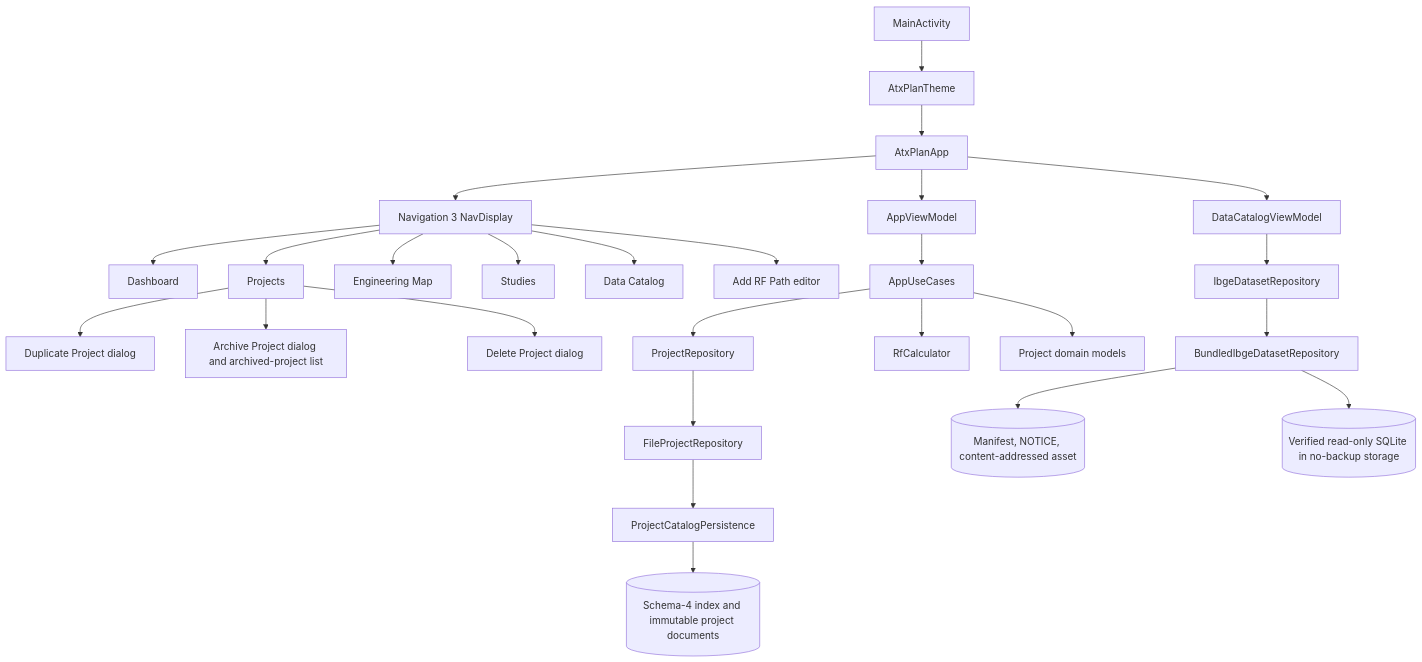
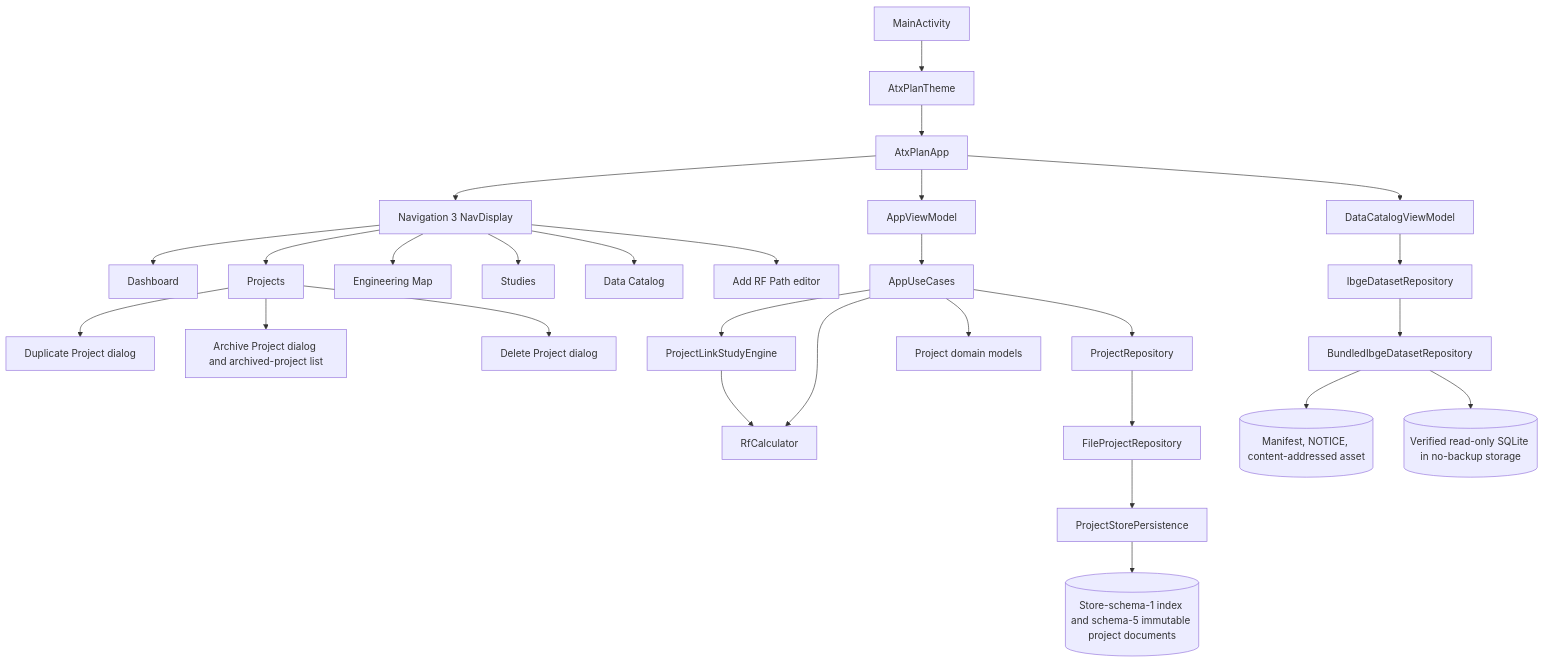
The first of 4 diagrams in docs/ARCHITECTURE.md (Gecesars/ATX_PLA_APK), drawn with Mermaid before and after one commit. The commit also changed other lines of this file and 30 other files, not shown here.

````diff
--- a/docs/ARCHITECTURE.md
+++ b/docs/ARCHITECTURE.md
@@ -25,28 +25,30 @@
 ```mermaid
 flowchart TD
     ACT[MainActivity] --> THEME[AtxPlanTheme]
     THEME --> APP[AtxPlanApp]
     APP --> VM[AppViewModel]
     APP --> DVM[DataCatalogViewModel]
     APP --> NAV[Navigation 3 NavDisplay]
     NAV --> DASH[Dashboard]
     NAV --> PROJECTS[Projects]
     NAV --> MAP[Engineering Map]
     NAV --> STUDIES[Studies]
     NAV --> CATALOG[Data Catalog]
     NAV --> EDITOR[Add RF Path editor]
     PROJECTS --> DUPLICATE[Duplicate Project dialog]
     PROJECTS --> ARCHIVE[Archive Project dialog and archived-project list]
     PROJECTS --> DELETE[Delete Project dialog]
     VM --> USE[AppUseCases]
     USE --> PORT[ProjectRepository]
-    USE --> RF[RfCalculator]
+    USE --> LINK[ProjectLinkStudyEngine]
+    LINK --> RF[RfCalculator]
+    USE --> RF
     USE --> DOMAIN[Project domain models]
     PORT --> FILE[FileProjectRepository]
-    FILE --> PERSIST[ProjectCatalogPersistence]
-    PERSIST --> JSON[(Schema-4 index and immutable project documents)]
+    FILE --> PERSIST[ProjectStorePersistence]
+    PERSIST --> JSON[(Store-schema-1 index and schema-5 immutable project documents)]
     DVM --> IPORT[IbgeDatasetRepository]
     IPORT --> IREPO[BundledIbgeDatasetRepository]
     IREPO --> IASSET[(Manifest, NOTICE, content-addressed asset)]
     IREPO --> IDB[(Verified read-only SQLite in no-backup storage)]
 ```
````
